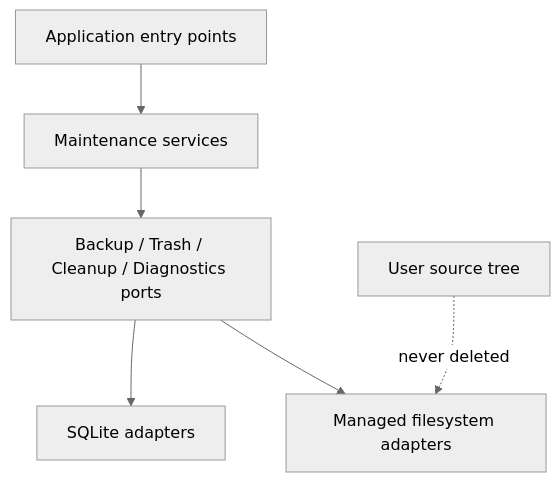
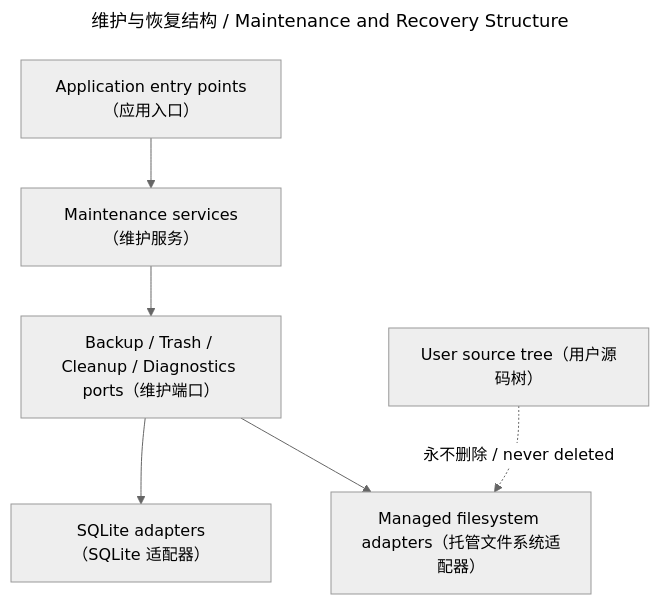
The diagram in wiki/codewiki/maintenance_and_recovery.md (peakwheat-pixel/New-Manga), drawn with Mermaid (neutral theme) before and after one commit. The commit also changed 16 other files, not shown here.

Commit message:
docs: apply bilingual diagram policy to CodeWiki diagrams

````diff
--- a/wiki/codewiki/maintenance_and_recovery.md
+++ b/wiki/codewiki/maintenance_and_recovery.md
@@ -35,8 +35,11 @@
 ```mermaid
+---
+title: 维护与恢复结构 / Maintenance and Recovery Structure
+---
 flowchart TB
-    VM["Application entry points"] --> MAINT["Maintenance services"]
-    MAINT --> PORTS["Backup / Trash / Cleanup / Diagnostics ports"]
-    PORTS --> DB["SQLite adapters"]
-    PORTS --> FS["Managed filesystem adapters"]
-    SOURCE["User source tree"] -. never deleted .-> FS
+    VM["Application entry points（应用入口）"] --> MAINT["Maintenance services（维护服务）"]
+    MAINT --> PORTS["Backup / Trash / Cleanup / Diagnostics ports（维护端口）"]
+    PORTS --> DB["SQLite adapters（SQLite 适配器）"]
+    PORTS --> FS["Managed filesystem adapters（托管文件系统适配器）"]
+    SOURCE["User source tree（用户源码树）"] -. 永不删除 / never deleted .-> FS
 ```
````
